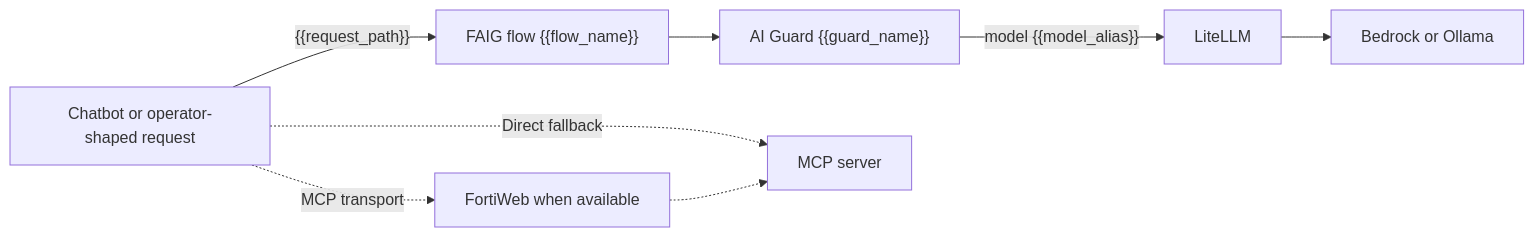
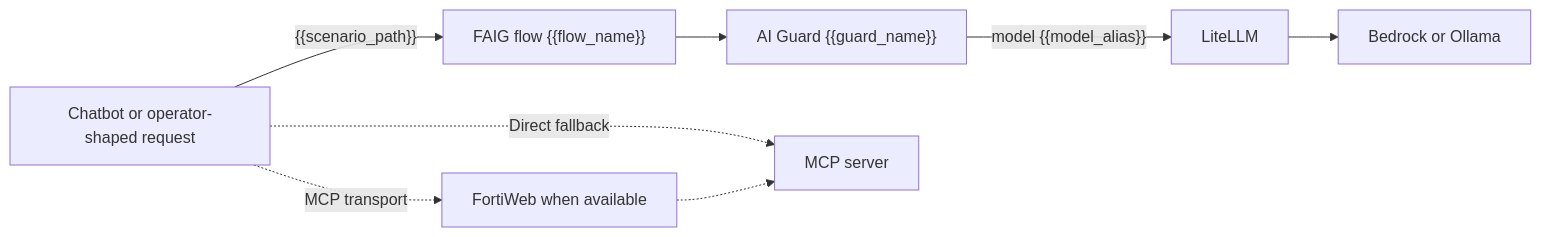
One commit to mabutterfield/fortiaigate_demo changed the diagram in docs/fortiaigate-gui-config.md. Above: the diagram before and after it, drawn with Mermaid. The commit also changed other lines of this file and 7 other files, not shown here.

````diff
--- a/docs/fortiaigate-gui-config.md
+++ b/docs/fortiaigate-gui-config.md
@@ -78,10 +76,10 @@
 ```mermaid
 flowchart LR
-    CHAT["Chatbot or operator-shaped request"] -->|"{{request_path}}"| FLOW["FAIG flow {{flow_name}}"]
+    CHAT["Chatbot or operator-shaped request"] -->|"{{scenario_path}}"| FLOW["FAIG flow {{flow_name}}"]
     FLOW --> GUARD["AI Guard {{guard_name}}"]
     GUARD -->|"model {{model_alias}}"| LL["LiteLLM"]
     LL --> MODEL["Bedrock or Ollama"]
     CHAT -.->|"MCP transport"| FW["FortiWeb when available"]
     CHAT -.->|"Direct fallback"| MCP["MCP server"]
     FW -.-> MCP
 ```
````
